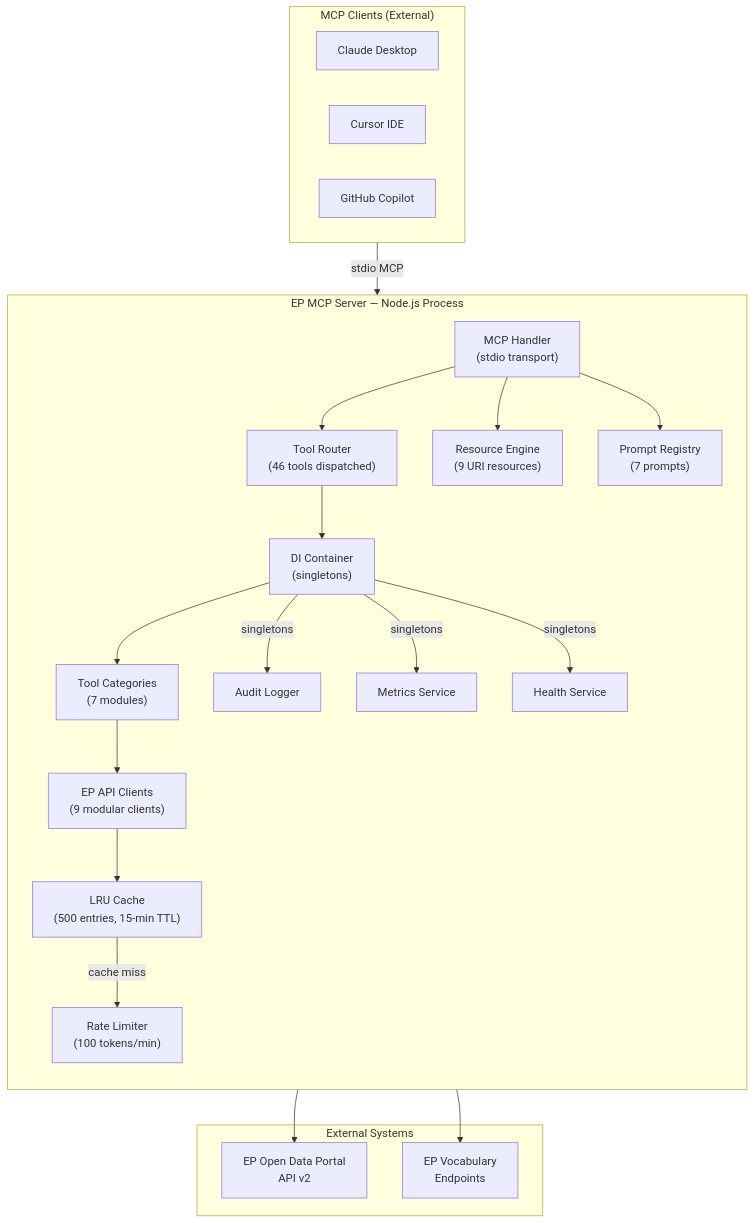
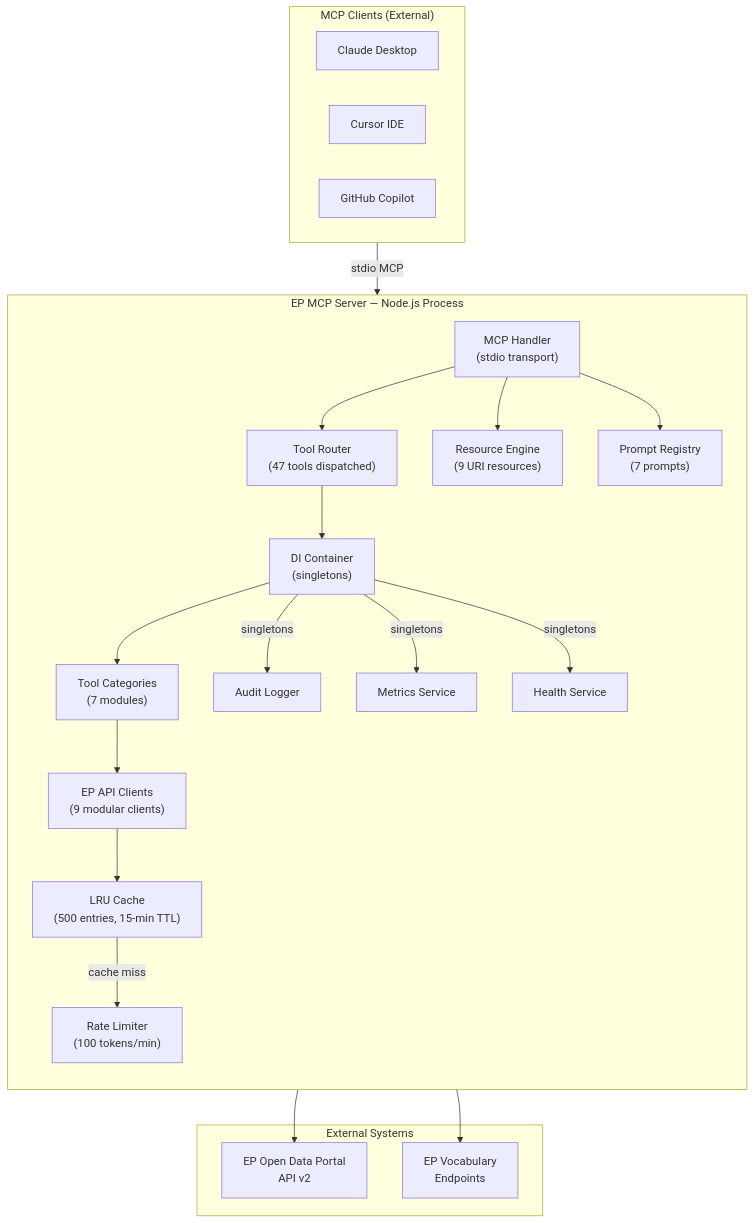
The second of 4 diagrams in ARCHITECTURE.md (Hack23/European-Parliament-MCP-Server), drawn with Mermaid before and after one commit. The commit also changed other lines of this file and 13 other files, not shown here.

````diff
--- a/ARCHITECTURE.md
+++ b/ARCHITECTURE.md
@@ -100,44 +100,44 @@
 ```mermaid
 flowchart TD
     subgraph MCPClients["MCP Clients (External)"]
         CC["Claude Desktop"]
         CU["Cursor IDE"]
         CO["GitHub Copilot"]
     end
 
     subgraph EPMCPServer["EP MCP Server — Node.js Process"]
         direction TB
         MH["MCP Handler\n(stdio transport)"]
-        TR["Tool Router\n(46 tools dispatched)"]
+        TR["Tool Router\n(47 tools dispatched)"]
         RE["Resource Engine\n(9 URI resources)"]
         PR["Prompt Registry\n(7 prompts)"]
         DI["DI Container\n(singletons)"]
         TC["Tool Categories\n(7 modules)"]
         EC["EP API Clients\n(9 modular clients)"]
         CA["LRU Cache\n(500 entries, 15-min TTL)"]
         RL["Rate Limiter\n(100 tokens/min)"]
         AL["Audit Logger"]
         MS["Metrics Service"]
         HS["Health Service"]
     end
 
     subgraph ExternalSystems["External Systems"]
         EPA["EP Open Data Portal\nAPI v2"]
         EV["EP Vocabulary\nEndpoints"]
     end
 
     MCPClients -->|"stdio MCP"| MH
     MH --> TR
     MH --> RE
     MH --> PR
     TR --> DI
     DI --> TC
     TC --> EC
     EC --> CA
     CA -->|"cache miss"| RL
     RL --> EPA
     EC --> EV
     DI -->|"singletons"| AL
     DI -->|"singletons"| MS
     DI -->|"singletons"| HS
 ```
````
